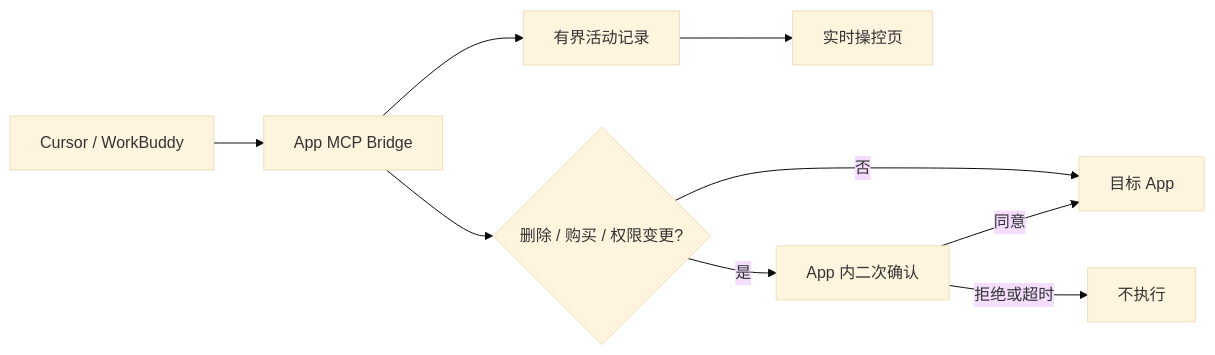
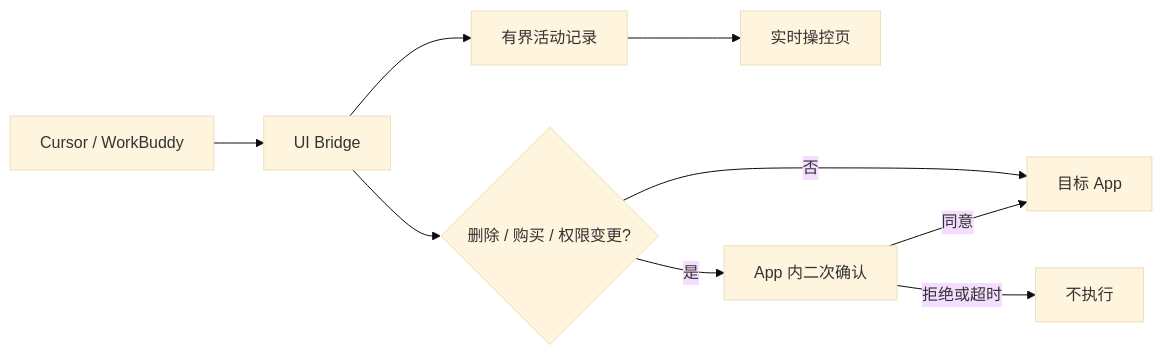
The second of 2 diagrams in coding-agent-harness/planning/tasks/2026-07-14-item-65db687f/visual_map.md (z-juln/ui-bridge), drawn with Mermaid (base theme) before and after one commit. The commit also changed 55 other files, not shown here.

````diff
--- a/coding-agent-harness/planning/tasks/2026-07-14-item-65db687f/visual_map.md
+++ b/coding-agent-harness/planning/tasks/2026-07-14-item-65db687f/visual_map.md
@@ -56,11 +56,11 @@
 ```mermaid
 flowchart LR
-  CLIENT["Cursor / WorkBuddy"] --> BRIDGE["App MCP Bridge"]
+  CLIENT["Cursor / WorkBuddy"] --> BRIDGE["UI Bridge"]
   BRIDGE --> ACTIVITY["有界活动记录"]
   ACTIVITY --> LIVE["实时操控页"]
   BRIDGE --> RISK{"删除 / 购买 / 权限变更?"}
   RISK -- 否 --> TARGET["目标 App"]
   RISK -- 是 --> CONFIRM["App 内二次确认"]
   CONFIRM -- 同意 --> TARGET
   CONFIRM -- 拒绝或超时 --> STOP["不执行"]
 ```
````
